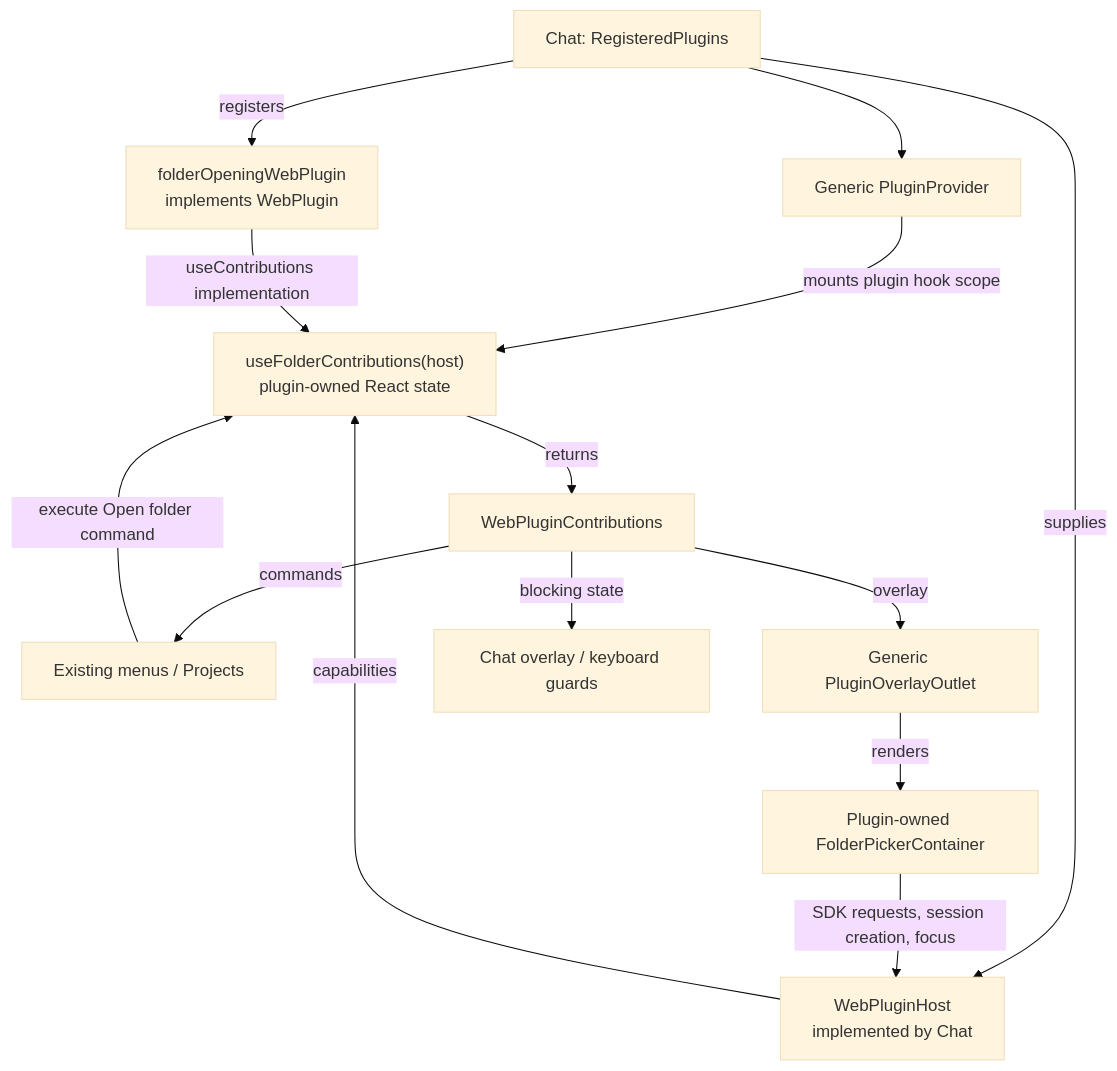
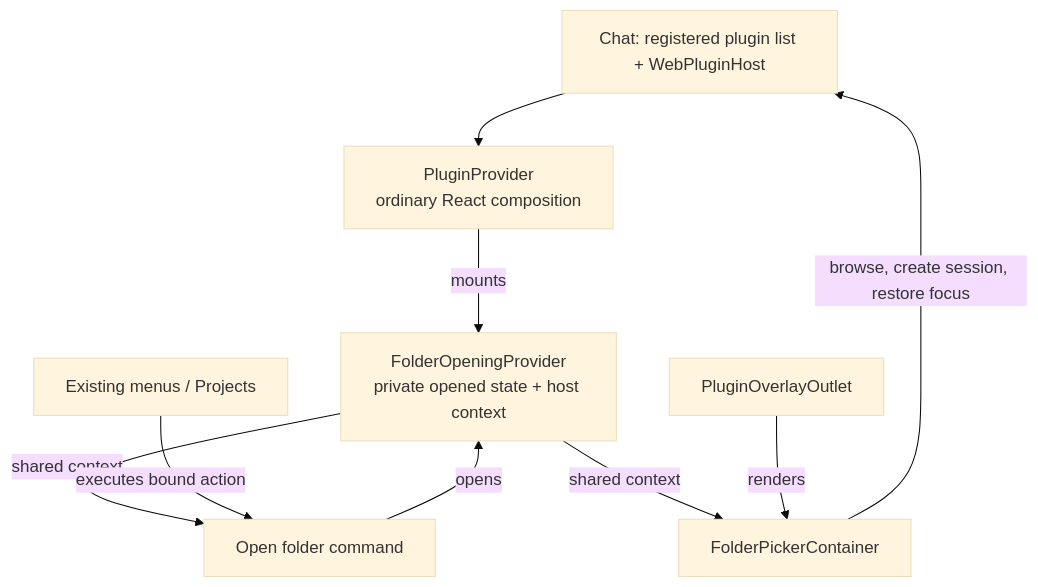
The diagram in docs/plugins.md (ManuelSelch/pi-chat), drawn with Mermaid (base theme) before and after one commit. The commit also changed other lines of this file and 18 other files, not shown here.

Commit message:
refactor(plugins): compose providers and commands with React context

````diff
--- a/docs/plugins.md
+++ b/docs/plugins.md
@@ -9,27 +11,19 @@
 ```mermaid
 flowchart TD
-    Registration["Chat: RegisteredPlugins"]
-    Plugin["folderOpeningWebPlugin<br/>implements WebPlugin"]
-    Host["WebPluginHost<br/>implemented by Chat"]
-    Provider["Generic PluginProvider"]
-    Hook["useFolderContributions(host)<br/>plugin-owned React state"]
-    Contributions["WebPluginContributions"]
+    Chat["Chat: registered plugin list + WebPluginHost"]
+    Composition["PluginProvider<br/>ordinary React composition"]
+    State["FolderOpeningProvider<br/>private opened state + host context"]
+    Command["Open folder command"]
+    Picker["FolderPickerContainer"]
     Menus["Existing menus / Projects"]
-    Outlet["Generic PluginOverlayOutlet"]
-    Picker["Plugin-owned FolderPickerContainer"]
-    Guards["Chat overlay / keyboard guards"]
+    Outlet["PluginOverlayOutlet"]
 
-    Registration -->|registers| Plugin
-    Registration -->|supplies| Host
-    Registration --> Provider
-    Provider -->|mounts plugin hook scope| Hook
-    Plugin -->|useContributions implementation| Hook
-    Host -->|capabilities| Hook
-    Hook -->|returns| Contributions
-    Contributions -->|commands| Menus
-    Contributions -->|overlay| Outlet
-    Contributions -->|blocking state| Guards
-    Menus -->|execute Open folder command| Hook
+    Chat --> Composition
+    Composition -->|mounts| State
+    State -->|shared context| Command
+    State -->|shared context| Picker
+    Menus -->|executes bound action| Command
+    Command -->|opens| State
     Outlet -->|renders| Picker
-    Picker -->|SDK requests, session creation, focus| Host
+    Picker -->|browse, create session, restore focus| Chat
 ```
````
